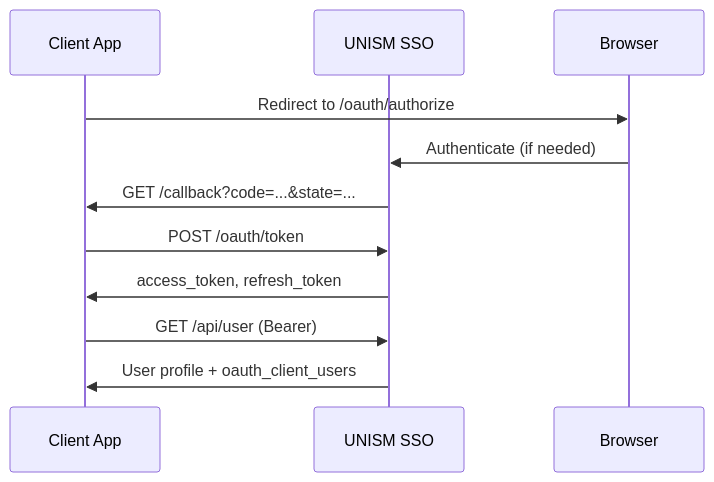
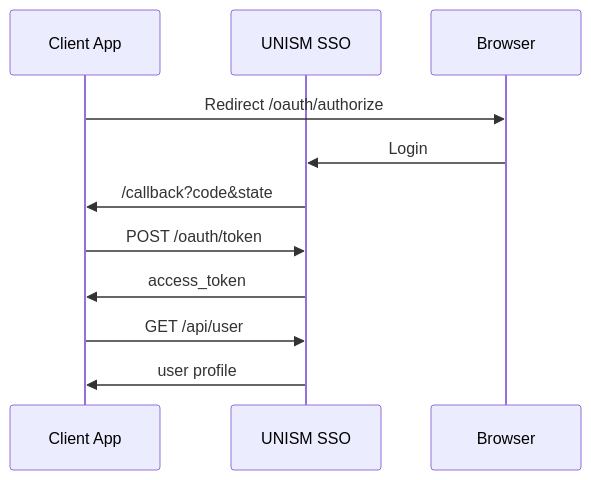
One commit to rizalrepo/sso-client-lib changed the diagram in docs/INTEGRATION.md. Above: the diagram before and after it, drawn with Mermaid. The commit also changed other lines of this file and 32 other files, not shown here.

````diff
--- a/docs/INTEGRATION.md
+++ b/docs/INTEGRATION.md
@@ -32,14 +24,14 @@
 ```mermaid
 sequenceDiagram
     participant App as Client App
     participant SSO as UNISM SSO
     participant User as Browser
 
-    App->>User: Redirect to /oauth/authorize
-    User->>SSO: Authenticate (if needed)
-    SSO->>App: GET /callback?code=...&state=...
+    App->>User: Redirect /oauth/authorize
+    User->>SSO: Login
+    SSO->>App: /callback?code&state
     App->>SSO: POST /oauth/token
-    SSO->>App: access_token, refresh_token
-    App->>SSO: GET /api/user (Bearer)
-    SSO->>App: User profile + oauth_client_users
+    SSO->>App: access_token
+    App->>SSO: GET /api/user
+    SSO->>App: user profile
 ```
````
